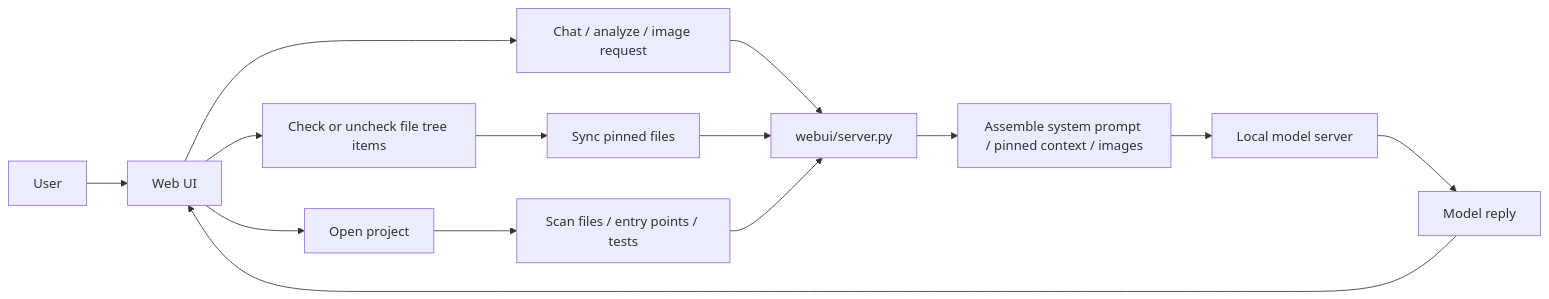
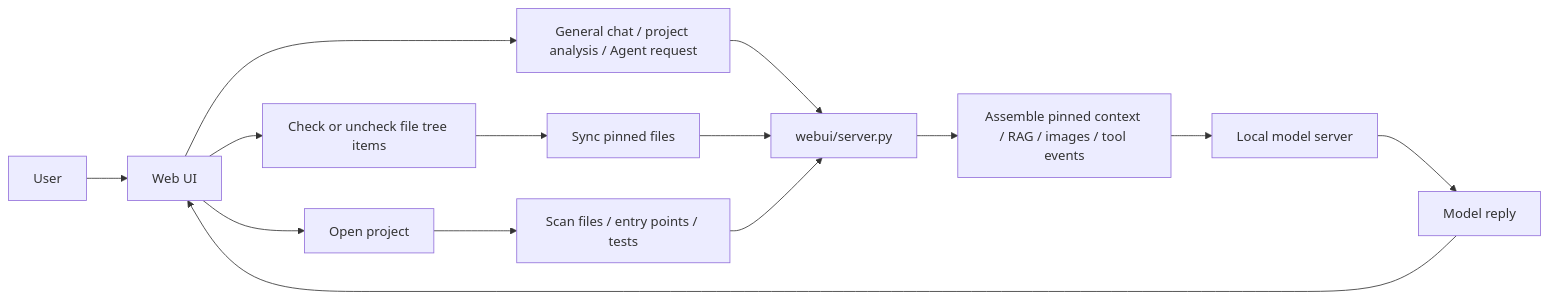
The diagram in README.en.md (Lzxpan/CodeWorker), drawn with Mermaid before and after one commit. The commit also changed other lines of this file and 24 other files, not shown here.

````diff
--- a/README.en.md
+++ b/README.en.md
@@ -146,16 +151,16 @@
 ```mermaid
 flowchart LR
     U["User"] --> W["Web UI"]
     W --> O["Open project"]
     O --> S["Scan files / entry points / tests"]
     W --> P["Check or uncheck file tree items"]
     P --> A["Sync pinned files"]
-    W --> C["Chat / analyze / image request"]
+    W --> C["General chat / project analysis / Agent request"]
     C --> B["webui/server.py"]
     A --> B
     S --> B
-    B --> X["Assemble system prompt / pinned context / images"]
+    B --> X["Assemble pinned context / RAG / images / tool events"]
     X --> M["Local model server"]
     M --> R["Model reply"]
     R --> W
 ```
````
